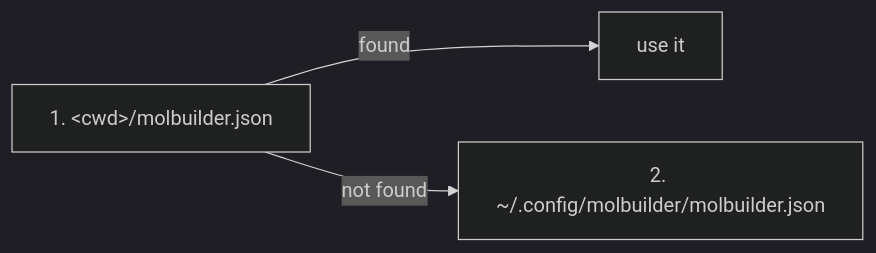
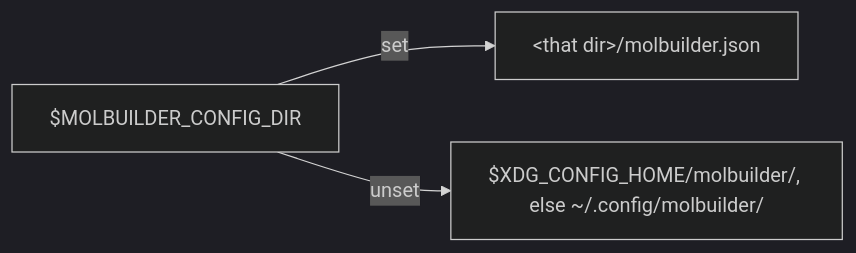
Before and after one commit to Qing-LAB/molbuilder: the second of 2 diagrams in docs/ops/deployment.md, drawn with Mermaid (dark theme). The commit also changed other lines of this file and 49 other files, not shown here.

````diff
--- a/docs/ops/deployment.md
+++ b/docs/ops/deployment.md
@@ -378,5 +380,5 @@
 ```mermaid
 flowchart LR
-  CWD["1. &lt;cwd&gt;/molbuilder.json"] -->|"found"| LOAD["use it"]
-  CWD -->|"not found"| XDG["2. ~/.config/molbuilder/molbuilder.json"]
+  ENV["$MOLBUILDER_CONFIG_DIR"] -->|"set"| USE["&lt;that dir&gt;/molbuilder.json"]
+  ENV -->|"unset"| XDG["$XDG_CONFIG_HOME/molbuilder/, else ~/.config/molbuilder/"]
 ```
````
